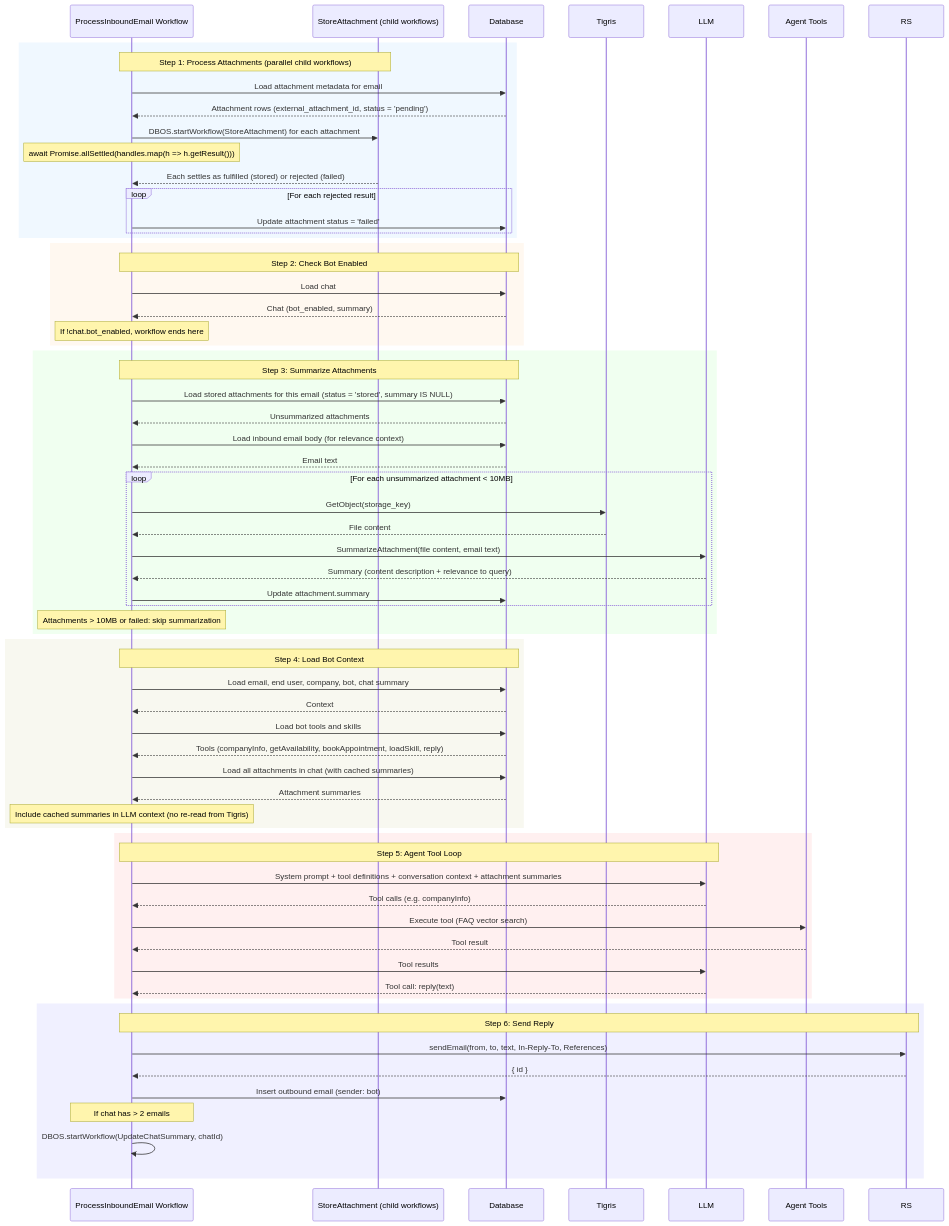
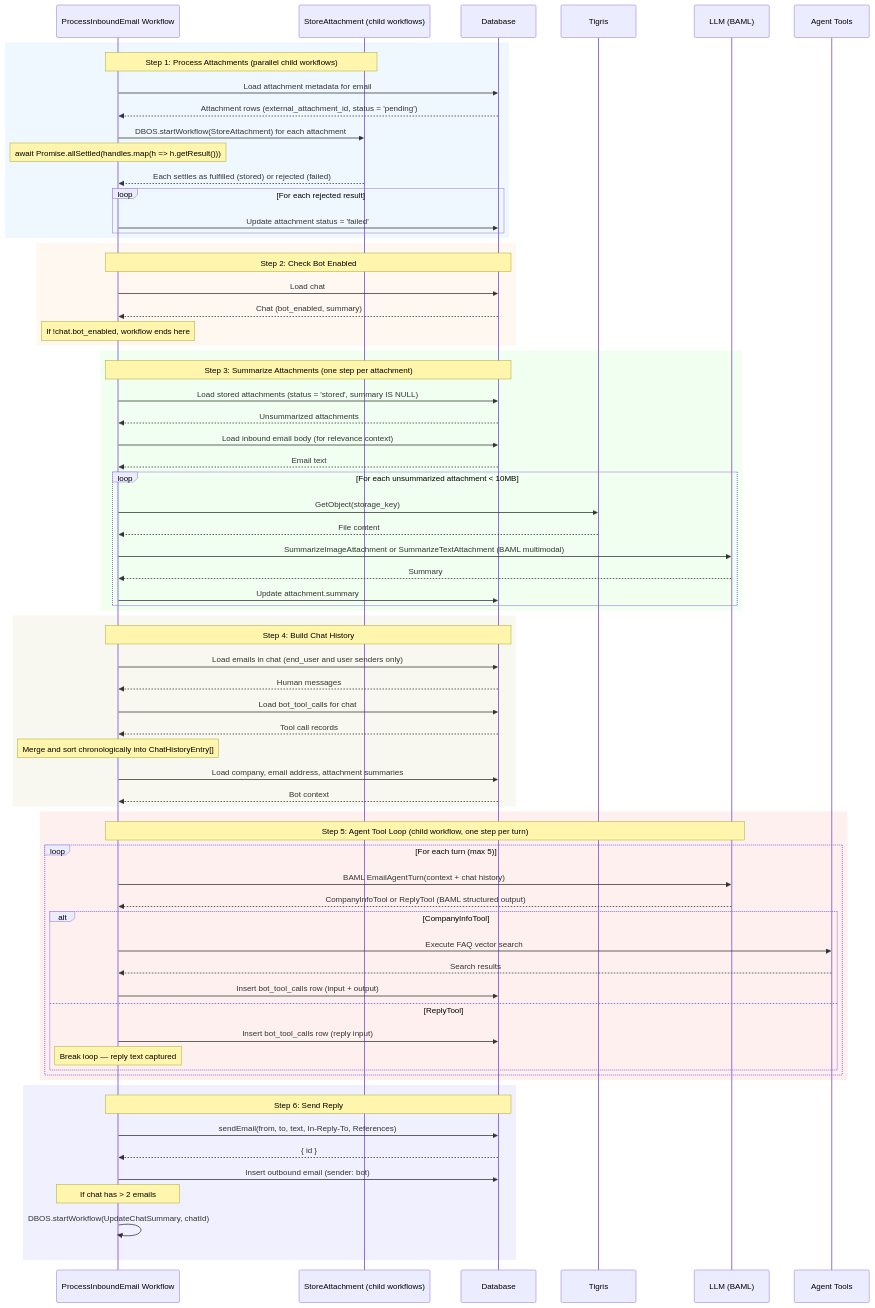
The third of 12 diagrams in docs/email-support-design.md (phonetastic-eng/phonetastic-server), drawn with Mermaid before and after one commit. The commit also changed other lines of this file, not shown here.

First line of the commit message:
Design: bot tool call persistence and BAML-aligned chat history

```diff
--- a/docs/email-support-design.md
+++ b/docs/email-support-design.md
@@ -82,74 +82,79 @@
 ~~~mermaid
 sequenceDiagram
     participant W as ProcessInboundEmail Workflow
     participant SA as StoreAttachment (child workflows)
     participant DB as Database
     participant TG as Tigris
-    participant LLM as LLM
+    participant LLM as LLM (BAML)
     participant T as Agent Tools
 
     rect rgb(240, 248, 255)
     note over W,SA: Step 1: Process Attachments (parallel child workflows)
     W->>DB: Load attachment metadata for email
     DB-->>W: Attachment rows (external_attachment_id, status = 'pending')
     W->>SA: DBOS.startWorkflow(StoreAttachment) for each attachment
     note over W: await Promise.allSettled(handles.map(h => h.getResult()))
     SA-->>W: Each settles as fulfilled (stored) or rejected (failed)
     loop For each rejected result
         W->>DB: Update attachment status = 'failed'
     end
     end
 
     rect rgb(255, 248, 240)
     note over W,DB: Step 2: Check Bot Enabled
     W->>DB: Load chat
     DB-->>W: Chat (bot_enabled, summary)
     note over W: If !chat.bot_enabled, workflow ends here
     end
 
     rect rgb(240, 255, 240)
-    note over W,DB: Step 3: Summarize Attachments
-    W->>DB: Load stored attachments for this email (status = 'stored', summary IS NULL)
+    note over W,DB: Step 3: Summarize Attachments (one step per attachment)
+    W->>DB: Load stored attachments (status = 'stored', summary IS NULL)
     DB-->>W: Unsummarized attachments
     W->>DB: Load inbound email body (for relevance context)
     DB-->>W: Email text
     loop For each unsummarized attachment < 10MB
         W->>TG: GetObject(storage_key)
         TG-->>W: File content
-        W->>LLM: SummarizeAttachment(file content, email text)
-        LLM-->>W: Summary (content description + relevance to query)
+        W->>LLM: SummarizeImageAttachment or SummarizeTextAttachment (BAML multimodal)
+        LLM-->>W: Summary
         W->>DB: Update attachment.summary
     end
-    note over W: Attachments > 10MB or failed: skip summarization
     end
 
     rect rgb(248, 248, 240)
-    note over W,DB: Step 4: Load Bot Context
-    W->>DB: Load email, end user, company, bot, chat summary
-    DB-->>W: Context
-    W->>DB: Load bot tools and skills
-    DB-->>W: Tools (companyInfo, getAvailability, bookAppointment, loadSkill, reply)
-    W->>DB: Load all attachments in chat (with cached summaries)
-    DB-->>W: Attachment summaries
-    note over W: Include cached summaries in LLM context (no re-read from Tigris)
+    note over W,DB: Step 4: Build Chat History
+    W->>DB: Load emails in chat (end_user and user senders only)
+    DB-->>W: Human messages
+    W->>DB: Load bot_tool_calls for chat
+    DB-->>W: Tool call records
+    note over W: Merge and sort chronologically into ChatHistoryEntry[]
+    W->>DB: Load company, email address, attachment summaries
+    DB-->>W: Bot context
     end
 
     rect rgb(255, 240, 240)
-    note over W,LLM: Step 5: Agent Tool Loop
-    W->>LLM: System prompt + tool definitions + conversation context + attachment summaries
-    LLM-->>W: Tool calls (e.g. companyInfo)
-    W->>T: Execute tool (FAQ vector search)
-    T-->>W: Tool result
-    W->>LLM: Tool results
-    LLM-->>W: Tool call: reply(text)
+    note over W,LLM: Step 5: Agent Tool Loop (child workflow, one step per turn)
+    loop For each turn (max 5)
+        W->>LLM: BAML EmailAgentTurn(context + chat history)
+        LLM-->>W: CompanyInfoTool or ReplyTool (BAML structured output)
+        alt CompanyInfoTool
+            W->>T: Execute FAQ vector search
+            T-->>W: Search results
+            W->>DB: Insert bot_tool_calls row (input + output)
+        else ReplyTool
+            W->>DB: Insert bot_tool_calls row (reply input)
+            note over W: Break loop — reply text captured
+        end
+    end
     end
 
     rect rgb(240, 240, 255)
-    note over W,RS: Step 6: Send Reply
-    W->>RS: sendEmail(from, to, text, In-Reply-To, References)
-    RS-->>W: { id }
+    note over W,DB: Step 6: Send Reply
+    W->>DB: sendEmail(from, to, text, In-Reply-To, References)
+    DB-->>W: { id }
     W->>DB: Insert outbound email (sender: bot)
     note over W: If chat has > 2 emails
     W->>W: DBOS.startWorkflow(UpdateChatSummary, chatId)
     end
 ~~~
```
